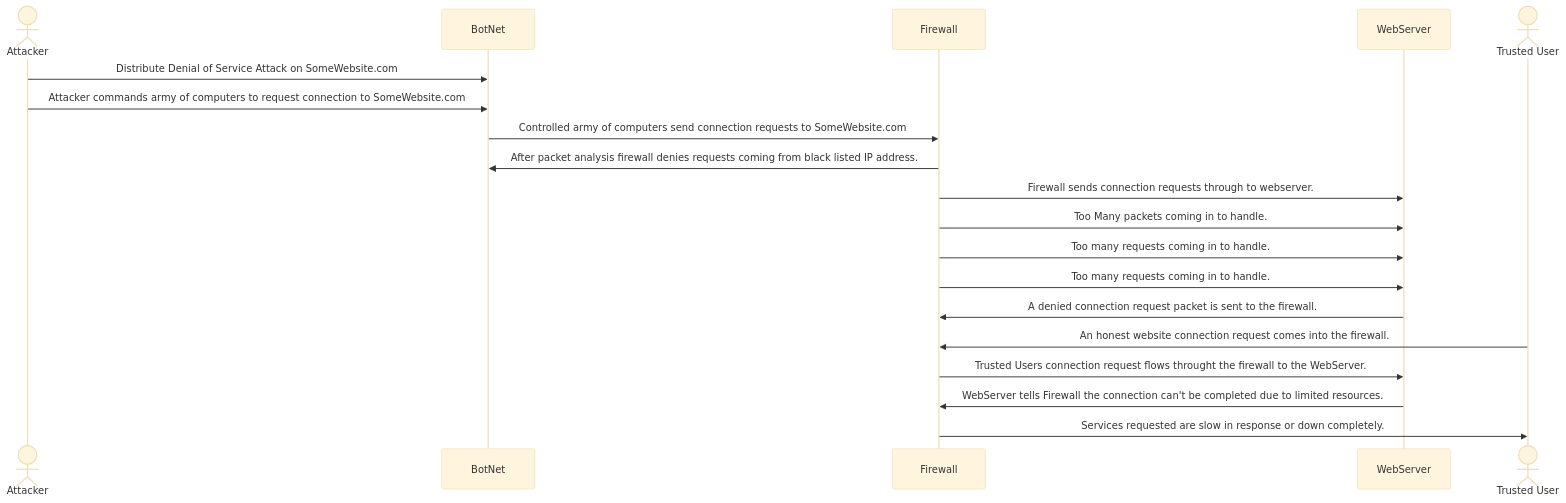
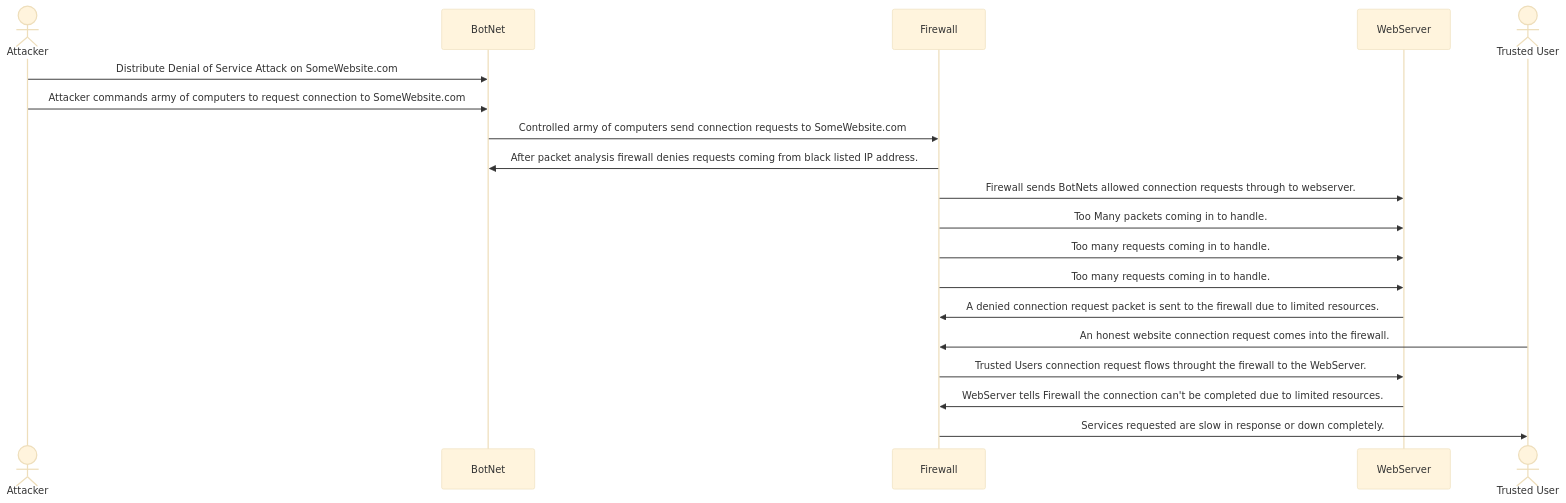
The diagram in DDoS_Attack_Sequence.md (Langston6954/Langston6954.github.io), drawn with Mermaid (base theme) before and after one commit.

Commit message:
Update DDoS_Attack_Sequence.md
Updated Finished.

````diff
--- a/DDoS_Attack_Sequence.md
+++ b/DDoS_Attack_Sequence.md
@@ -1,29 +1,29 @@
 ```mermaid
 sequenceDiagram
   actor Attacker
   participant BotNet
   participant Firewall
   participant WebServer
   actor Trusted User
   Attacker->>BotNet: Distribute Denial of Service Attack on SomeWebsite.com
   Attacker->>BotNet: Attacker commands army of computers to request connection to SomeWebsite.com
   BotNet->>Firewall: Controlled army of computers send connection requests to SomeWebsite.com
   Firewall->>BotNet: After packet analysis firewall denies requests coming from black listed IP address.
-  Firewall->>WebServer: Firewall sends connection requests through to webserver.
+  Firewall->>WebServer: Firewall sends BotNets allowed connection requests through to webserver.
   Firewall->>WebServer: Too Many packets coming in to handle.
   Firewall->>WebServer: Too many requests coming in to handle.
   Firewall->>WebServer: Too many requests coming in to handle.
-  WebServer->>Firewall: A denied connection request packet is sent to the firewall.
+  WebServer->>Firewall: A denied connection request packet is sent to the firewall due to limited resources.
   Trusted User->>Firewall: An honest website connection request comes into the firewall.
   Firewall->>WebServer: Trusted Users connection request flows throught the firewall to the WebServer.
   WebServer->>Firewall: WebServer tells Firewall the connection can't be completed due to limited resources.
   Firewall->>Trusted User: Services requested are slow in response or down completely.
 
 
 
 
 
 
 
 
 ```
````
